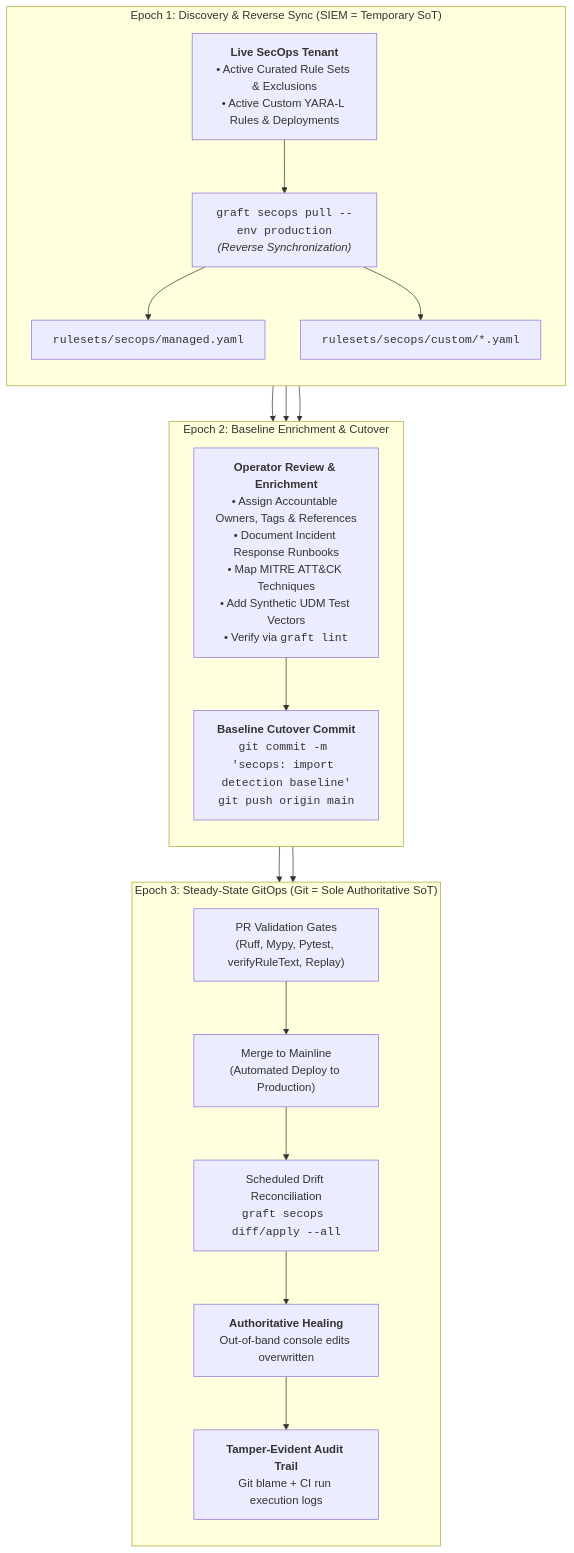
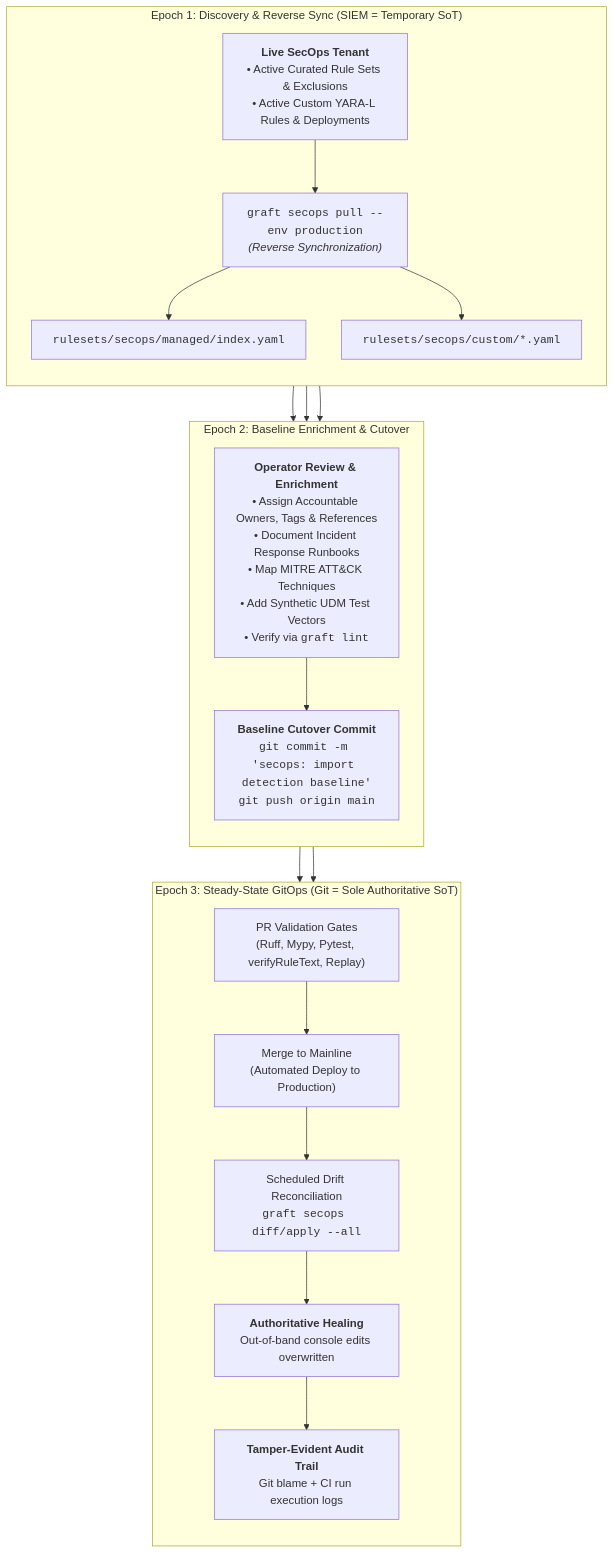
One commit to lopes/graft changed the first of 2 diagrams in docs/operators/adoption.md. Above: the diagram before and after it, drawn with Mermaid. The commit also changed other lines of this file and 51 other files, not shown here.

````diff
--- a/docs/operators/adoption.md
+++ b/docs/operators/adoption.md
@@ -23,37 +23,37 @@
 ```mermaid
 flowchart TD
     subgraph E1["Epoch 1: Discovery & Reverse Sync (SIEM = Temporary SoT)"]
         direction TB
         SIEM["<b>Live SecOps Tenant</b><br/>• Active Curated Rule Sets & Exclusions<br/>• Active Custom YARA-L Rules & Deployments"]
         PULL["<code>graft secops pull --env production</code><br/><i>(Reverse Synchronization)</i>"]
         SIEM --> PULL
-        PULL --> MAN["<code>rulesets/secops/managed.yaml</code>"]
+        PULL --> MAN["<code>rulesets/secops/managed/index.yaml</code>"]
         PULL --> CUST["<code>rulesets/secops/custom/*.yaml</code>"]
     end
 
     subgraph E2["Epoch 2: Baseline Enrichment & Cutover"]
         direction TB
         ENRICH["<b>Operator Review & Enrichment</b><br/>• Assign Accountable Owners, Tags & References<br/>• Document Incident Response Runbooks<br/>• Map MITRE ATT&CK Techniques<br/>• Add Synthetic UDM Test Vectors<br/>• Verify via <code>graft lint</code>"]
         COMMIT["<b>Baseline Cutover Commit</b><br/><code>git commit -m 'secops: import detection baseline'</code><br/><code>git push origin main</code>"]
         MAN --> ENRICH
         CUST --> ENRICH
         ENRICH --> COMMIT
     end
 
     subgraph E3["Epoch 3: Steady-State GitOps (Git = Sole Authoritative SoT)"]
         direction TB
         PR["PR Validation Gates<br/>(Ruff, Mypy, Pytest, verifyRuleText, Replay)"]
         MERGE["Merge to Mainline<br/>(Automated Deploy to Production)"]
         DRIFT["Scheduled Drift Reconciliation<br/><code>graft secops diff/apply --all</code>"]
         OVERWRITE["<b>Authoritative Healing</b><br/>Out-of-band console edits overwritten"]
         AUDIT["<b>Tamper-Evident Audit Trail</b><br/>Git blame + CI run execution logs"]
 
         COMMIT --> PR
         PR --> MERGE
         MERGE --> DRIFT
         DRIFT --> OVERWRITE
         OVERWRITE --> AUDIT
     end
 
     E1 --> E2 --> E3
 ```
````
